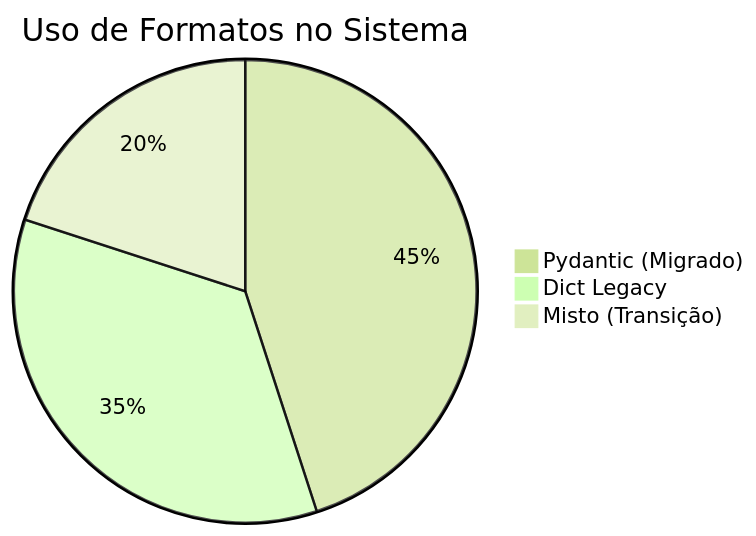
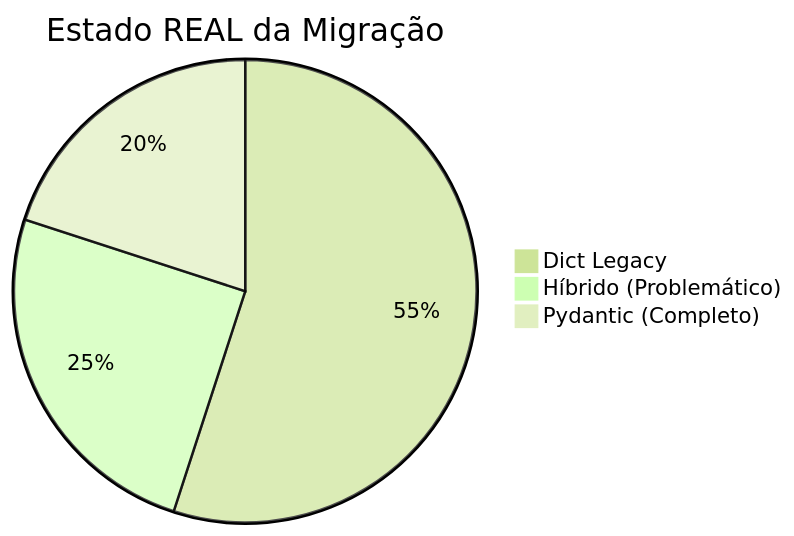
Before and after one commit to Bergami/CriEduc.SmartQuest: the seventh of 9 diagrams in docs/pydantic_vs_dict_visual_flows.md, drawn with Mermaid (forest theme). The commit also changed other lines of this file and 2 other files, not shown here.

First line of the commit message:
Atualiza documentação sobre migração Pydantic vs Dict

````diff
--- a/docs/pydantic_vs_dict_visual_flows.md
+++ b/docs/pydantic_vs_dict_visual_flows.md
@@ -261,6 +268,6 @@
 ```mermaid
-pie title Uso de Formatos no Sistema
-    "Pydantic (Migrado)" : 45
-    "Dict Legacy" : 35
-    "Misto (Transição)" : 20
+pie title Estado REAL da Migração
+    "Dict Legacy" : 55
+    "Híbrido (Problemático)" : 25
+    "Pydantic (Completo)" : 20
 ```
````
